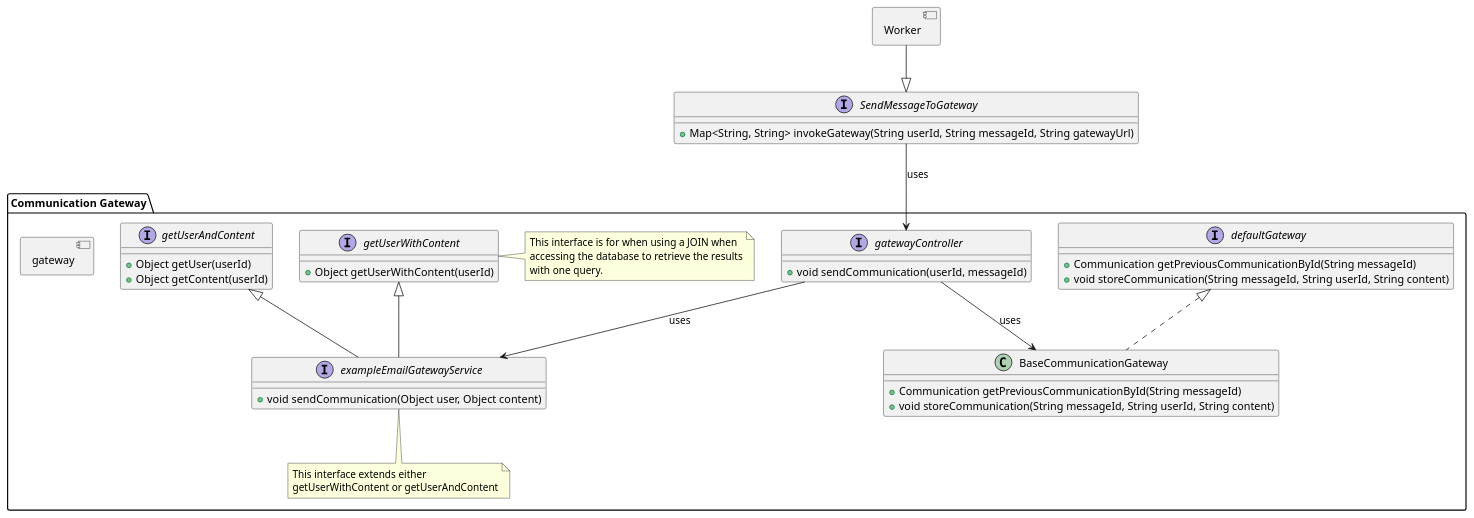
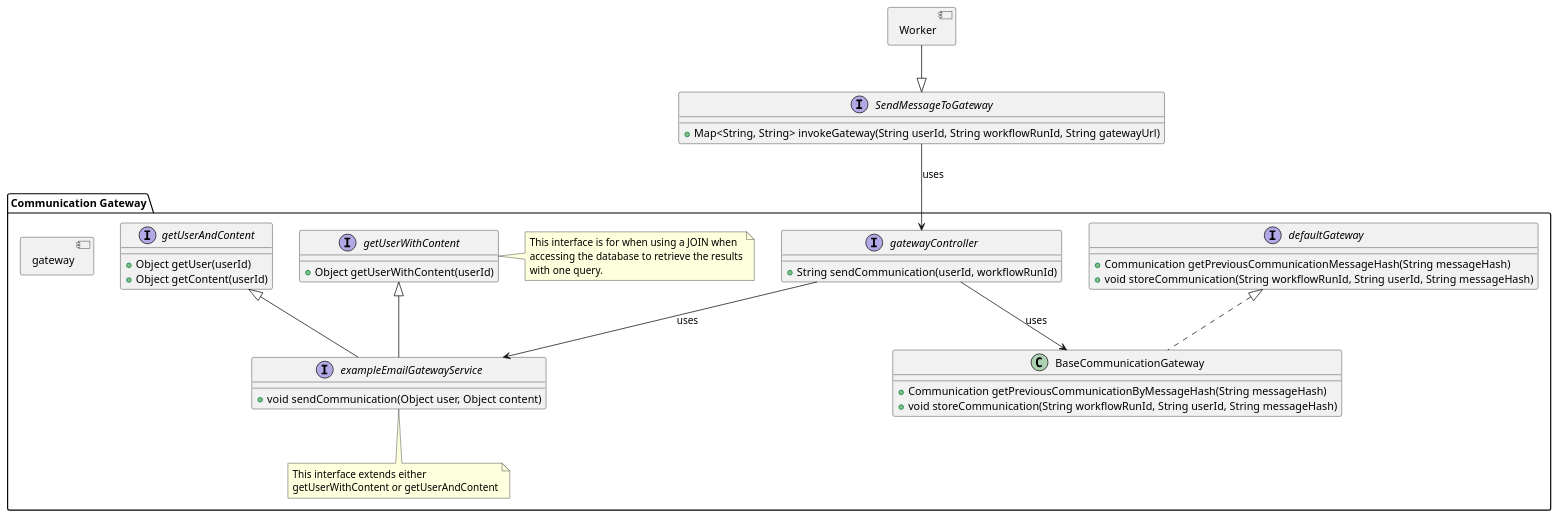
The diagram in Designs/System Context/Components/GatewayInterfaces.puml (CameronWard301/communication_scheduler), drawn with PlantUML before and after one commit. The commit also changed 9 other files, not shown here.

Commit message:
refined Gateway design to accept workflowRunId

```diff
--- a/Designs/System Context/Components/GatewayInterfaces.puml
+++ b/Designs/System Context/Components/GatewayInterfaces.puml
@@ -1,61 +1,61 @@
 @startuml Gateway Interfaces
 
 component Worker {
 }
 
 interface SendMessageToGateway {
-    + Map<String, String> invokeGateway(String userId, String messageId, String gatewayUrl)
+    + Map<String, String> invokeGateway(String userId, String workflowRunId, String gatewayUrl)
 }
 
 package "Communication Gateway" as communicationGateway {
     component gateway {
 
     }
 
     interface defaultGateway {
-        + Communication getPreviousCommunicationById(String messageId)
-        + void storeCommunication(String messageId, String userId, String content)
+        + Communication getPreviousCommunicationMessageHash(String messageHash)
+        + void storeCommunication(String workflowRunId, String userId, String messageHash)
     }
 
     interface gatewayController {
-        + void sendCommunication(userId, messageId)
+        + String sendCommunication(userId, workflowRunId)
     }
 
     interface getUserWithContent {
         + Object getUserWithContent(userId)
     }
     note right of getUserWithContent
             This interface is for when using a JOIN when
             accessing the database to retrieve the results
             with one query.
         end note
 
     interface getUserAndContent {
         + Object getUser(userId)
         + Object getContent(userId)
     }
 
 
     interface exampleEmailGatewayService extends getUserWithContent, getUserAndContent {
         + void sendCommunication(Object user, Object content)
     }
 
    note bottom of exampleEmailGatewayService
         This interface extends either
         getUserWithContent or getUserAndContent
    end note
 
    class BaseCommunicationGateway implements defaultGateway{
-        + Communication getPreviousCommunicationById(String messageId)
-        + void storeCommunication(String messageId, String userId, String content)
+        + Communication getPreviousCommunicationByMessageHash(String messageHash)
+        + void storeCommunication(String workflowRunId, String userId, String messageHash)
    }
 
 
     gatewayController --> exampleEmailGatewayService: uses
     gatewayController --> BaseCommunicationGateway: uses
     Worker --|> SendMessageToGateway
     SendMessageToGateway --> gatewayController: uses
 }
 
 
 @enduml
```
